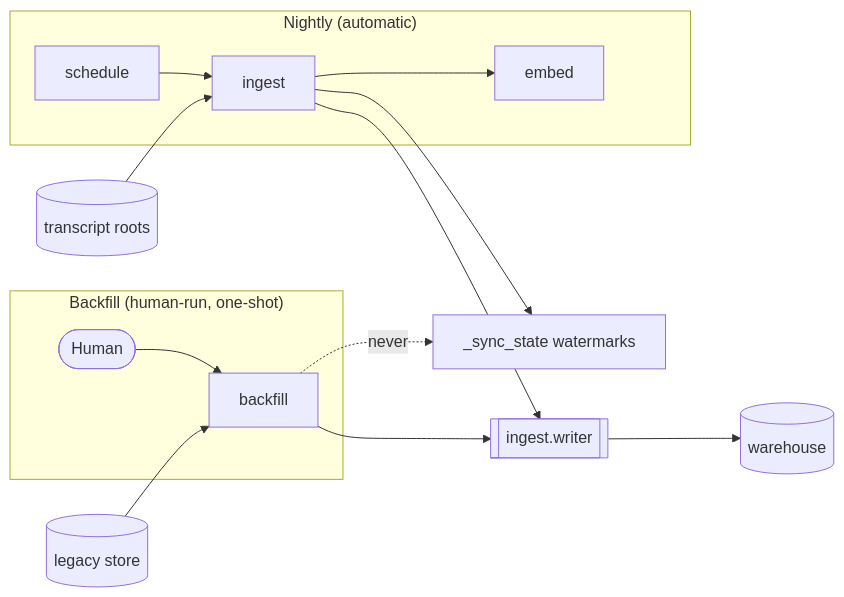
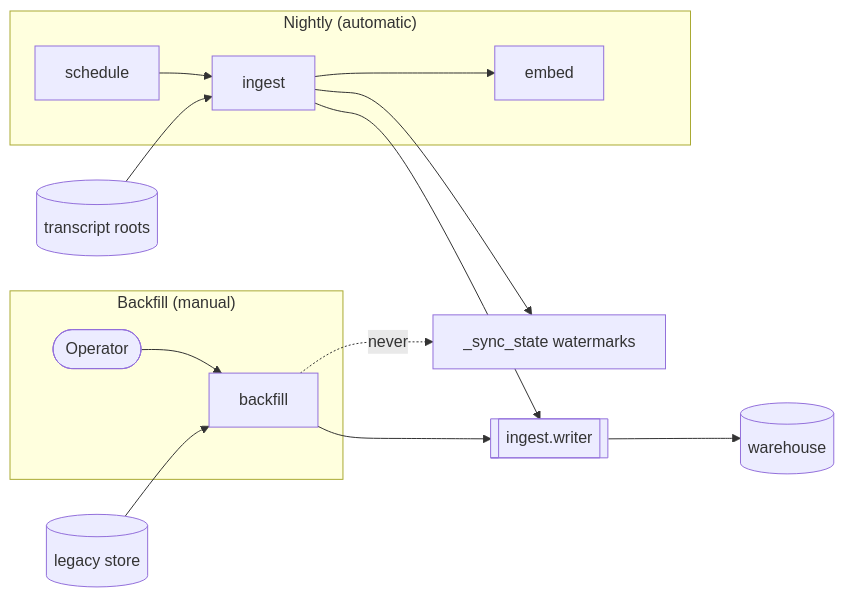
Before and after one commit to Texarkanine/stockroom: the diagram in docs/architecture/backfill.md, drawn with Mermaid. The commit also changed other lines of this file and 3 other files, not shown here.

Commit message:
chore: happy with architecture backfil

````diff
--- a/docs/architecture/backfill.md
+++ b/docs/architecture/backfill.md
@@ -20,16 +20,16 @@
 ```mermaid
 flowchart LR
     subgraph nightly["Nightly (automatic)"]
         Sched[schedule] --> Ing[ingest] --> Emb[embed]
     end
-    subgraph oneshot["Backfill (human-run, one-shot)"]
-        Human([Human]) --> BF[backfill]
+    subgraph oneshot["Backfill (manual)"]
+        Operator([Operator]) --> BF[backfill]
     end
     Roots[(transcript roots)] --> Ing
     Legacy[(legacy store)] --> BF
     Ing --> W[[ingest.writer]]
     BF --> W
     W --> WH[(warehouse)]
     Ing --> SS[_sync_state watermarks]
     BF -.->|never| SS
 ```
````
